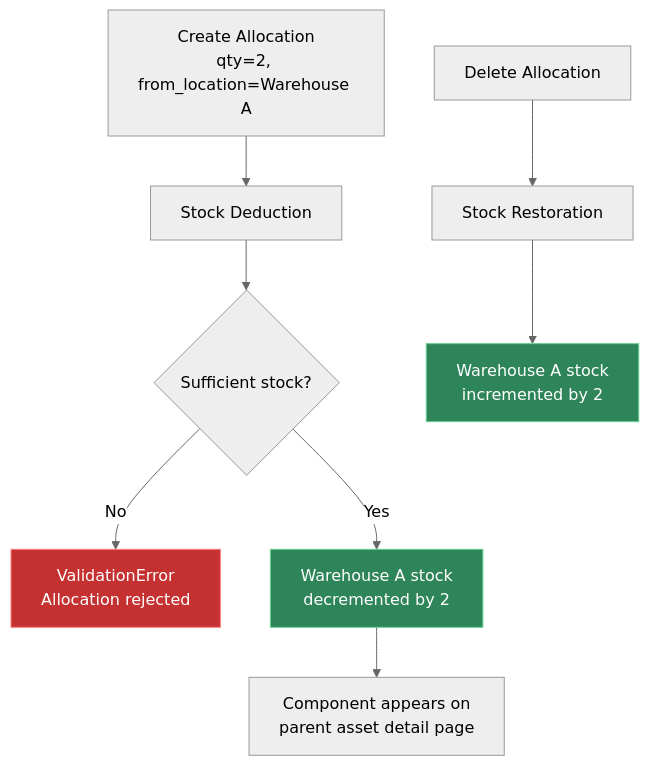
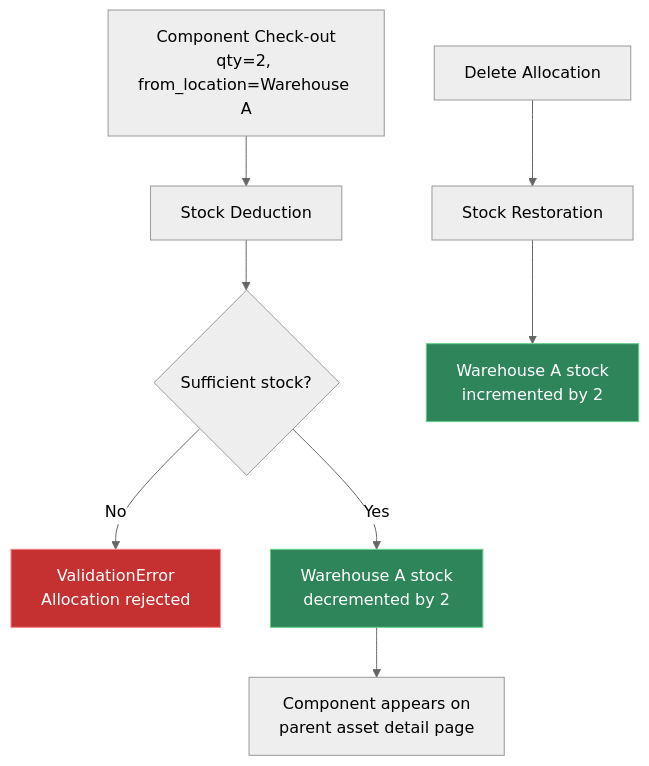
The third of 3 diagrams in itambox/docs/usage/kits-and-components.md (itambox/itambox-webapp), drawn with Mermaid (neutral theme) before and after one commit. The commit also changed other lines of this file and 18 other files, not shown here.

Commit message:
fix(inventory): make component allocation observable

````diff
--- a/itambox/docs/usage/kits-and-components.md
+++ b/itambox/docs/usage/kits-and-components.md
@@ -265,15 +264,15 @@
 ```mermaid
 graph TD
-    A[Create Allocation<br/>qty=2, from_location=Warehouse A] --> B[Stock Deduction]
+    A[Component Check-out<br/>qty=2, from_location=Warehouse A] --> B[Stock Deduction]
     B --> C{Sufficient stock?}
     C -->|No| D[ValidationError<br/>Allocation rejected]
     C -->|Yes| E[Warehouse A stock<br/>decremented by 2]
     E --> F[Component appears on<br/>parent asset detail page]
 
     G[Delete Allocation] --> H[Stock Restoration]
     H --> I[Warehouse A stock<br/>incremented by 2]
 
     style D fill:#c53030,stroke:#fc8181,color:#fff
     style E fill:#2f855a,stroke:#68d391,color:#fff
     style I fill:#2f855a,stroke:#68d391,color:#fff
 ```
````
